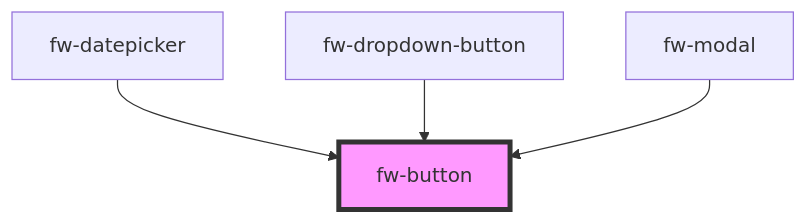
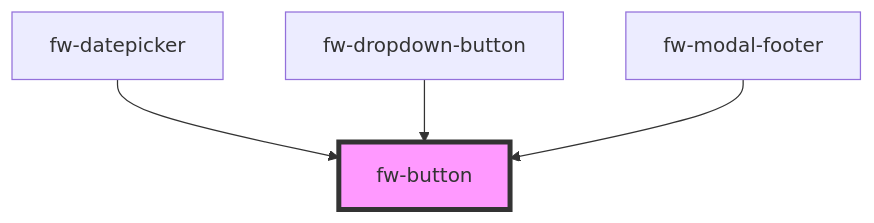
Before and after one commit to freshworks/crayons: the diagram in packages/crayons-core/src/components/button/readme.md, drawn with Mermaid. The commit also changed other lines of this file and 20 other files, not shown here.

First line of the commit message:
feat(crayons): improving modal composibility by introducing modal-title, modal-content, modal-footer

````diff
--- a/packages/crayons-core/src/components/button/readme.md
+++ b/packages/crayons-core/src/components/button/readme.md
@@ -75,7 +75,7 @@
 ```mermaid
 graph TD;
   fw-datepicker --> fw-button
   fw-dropdown-button --> fw-button
-  fw-modal --> fw-button
+  fw-modal-footer --> fw-button
   style fw-button fill:#f9f,stroke:#333,stroke-width:4px
 ```
````
